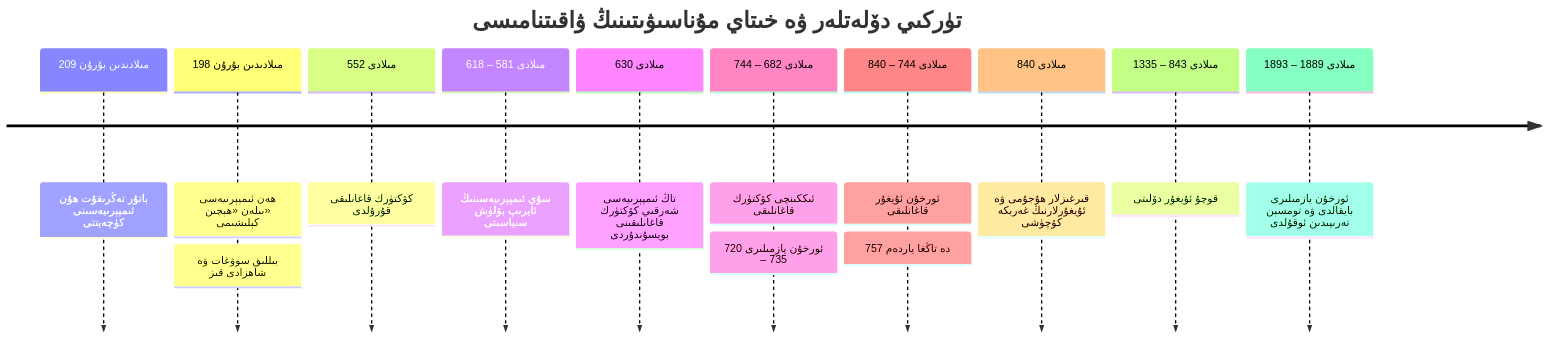
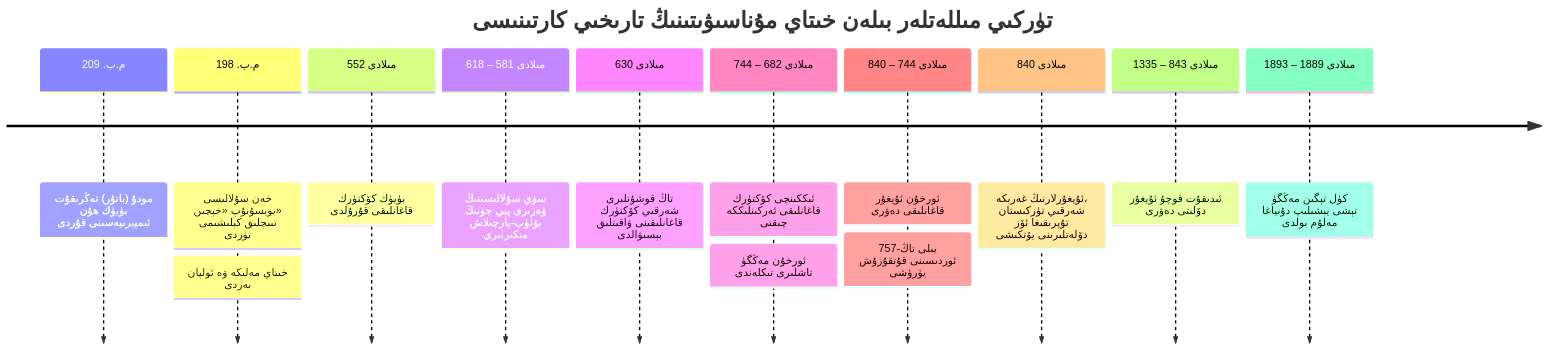
One commit to UyCoder/paydilar changed the third of 3 diagrams in _posts/2026-10-25-Turk-Tarix-Derislikliri-We-Xitay-Rewayiti-Reddiye.md. Above: the diagram before and after it, drawn with Mermaid. The commit also changed other lines of this file and 2 other files, not shown here.

````diff
--- a/_posts/2026-10-25-Turk-Tarix-Derislikliri-We-Xitay-Rewayiti-Reddiye.md
+++ b/_posts/2026-10-25-Turk-Tarix-Derislikliri-We-Xitay-Rewayiti-Reddiye.md
@@ -179,14 +174,14 @@
 ```mermaid
 timeline
-    title تۈركىي دۆلەتلەر ۋە خىتاي مۇناسىۋىتىنىڭ ۋاقىتنامىسى
-    مىلادىدىن بۇرۇن 209 : باتۇر تەڭرىقۇت ھۇن ئىمپېرىيەسىنى كۈچەيتتى
-    مىلادىدىن بۇرۇن 198 : ھەن ئىمپېرىيەسى بىلەن «ھېچىن» كېلىشىمى : يىللىق سوۋغات ۋە شاھزادى قىز
-    مىلادى 552 : كۆكتۈرك قاغانلىقى قۇرۇلدى
-    مىلادى 581 – 618 : سۇي ئىمپېرىيەسىنىڭ ئايرىپ بۆلۈش سىياسىتى
-    مىلادى 630 : تاڭ ئىمپېرىيەسى شەرقىي كۆكتۈرك قاغانلىقىنى بويسۇندۇردى
-    مىلادى 682 – 744 : ئىككىنچى كۆكتۈرك قاغانلىقى : ئورخۇن يازمىلىرى 720 – 735
-    مىلادى 744 – 840 : ئورخۇن ئۇيغۇر قاغانلىقى : 757 دە تاڭغا ياردەم
-    مىلادى 840 : قىرغىزلار ھۇجۇمى ۋە ئۇيغۇرلارنىڭ غەربكە كۆچۈشى
-    مىلادى 843 – 1335 : قوچۇ ئۇيغۇر دۆلىتى
-    مىلادى 1889 – 1893 : ئورخۇن يازمىلىرى بايقالدى ۋە تومسېن تەرىپىدىن ئوقۇلدى
+    title تۈركىي مىللەتلەر بىلەن خىتاي مۇناسىۋىتىنىڭ تارىخىي كارتىنىسى
+    م.ب. 209 : مودۇ (باتۇر) تەڭرىقۇت بۈيۈك ھۇن ئىمپېرىيەسىنى قۇردى
+    م.ب. 198 : خەن سۇلالىسى بويسۇنۇپ «خېچىن» تىنچلىق كېلىشىمى تۈزدى : خىتاي مەلىكە ۋە ئولپان بەردى
+    مىلادى 552 : بۈيۈك كۆكتۈرك قاغانلىقى قۇرۇلدى
+    مىلادى 581 – 618 : سۈي سۇلالىسىنىڭ ۋەزىرى پېي جۈنىڭ بۆلۈپ-پارچىلاش مىكىرلىرى
+    مىلادى 630 : تاڭ قوشۇنلىرى شەرقىي كۆكتۈرك قاغانلىقىنى ۋاقىتلىق بېسىۋالدى
+    مىلادى 682 – 744 : ئىككىنچى كۆكتۈرك قاغانلىقى ئەركىنلىككە چىقتى : ئورخۇن مەڭگۈ تاشلىرى تىكلەندى
+    مىلادى 744 – 840 : ئورخۇن ئۇيغۇر قاغانلىقى دەۋرى : 757-يىلى تاڭ ئوردىسىنى قۇتقۇزۇش يۈرۈشى
+    مىلادى 840 : ئۇيغۇرلارنىڭ غەربكە، شەرقىي تۈركىستان تۇپرىقىغا ئۆز دۆلەتلىرىنى يۆتكىشى
+    مىلادى 843 – 1335 : ئىدىقۇت قوچۇ ئۇيغۇر دۆلىتى دەۋرى
+    مىلادى 1889 – 1893 : كۈل تېگىن مەڭگۈ تېشى يېشىلىپ دۇنياغا مەلۇم بولدى
 ```
````
